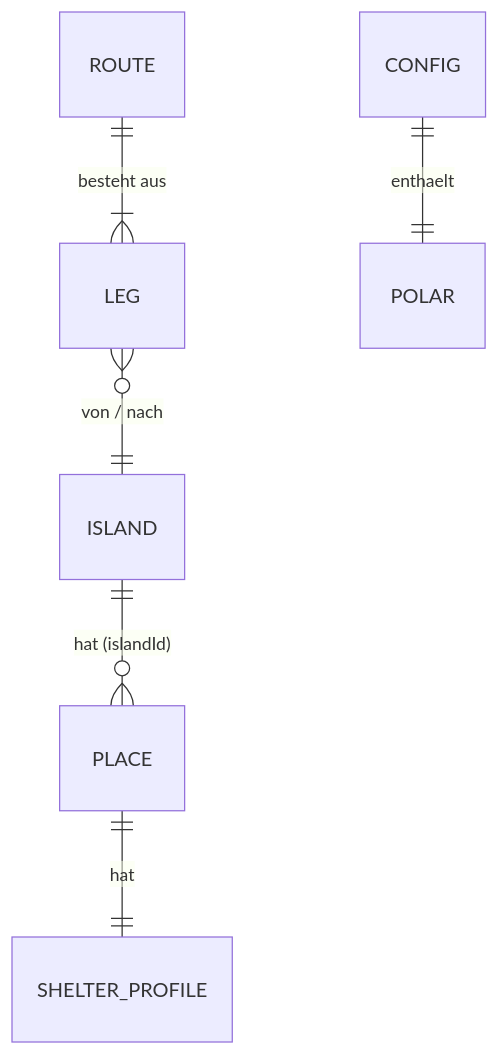
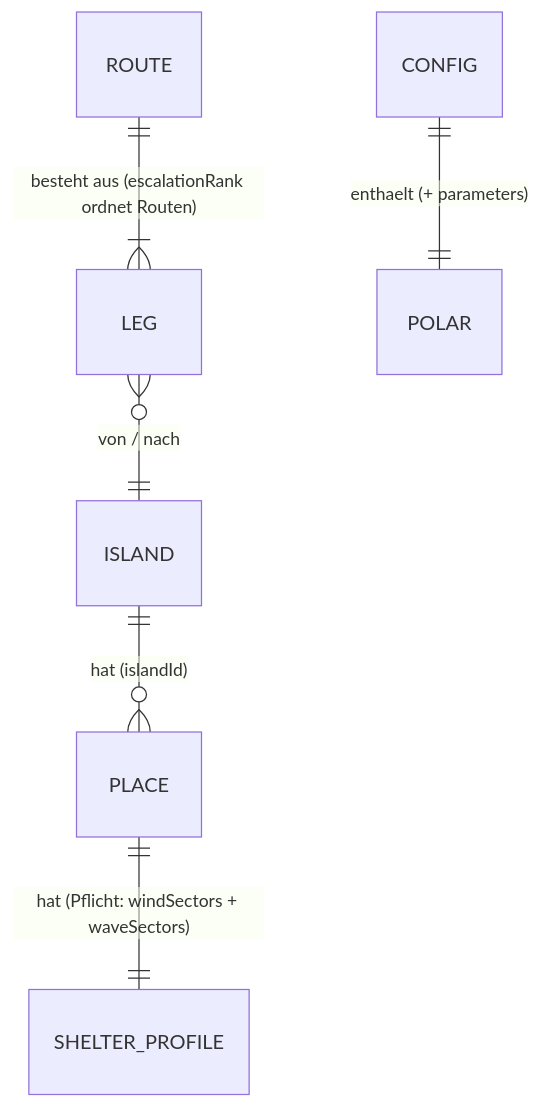
Before and after one commit to mantapanta/sailgreece-router: the second of 3 diagrams in _bmad-output/planning-artifacts/architecture/architecture-sailgreece-router-2026-07-30/ARCHITECTURE-SPINE.md, drawn with Mermaid. The commit also changed other lines of this file and 1 other file, not shown here.

First line of the commit message:
Harden architecture spine per reviewer gate: AD-9/10/11, sharpened AD-2/3/4/5/8

````diff
--- a/_bmad-output/planning-artifacts/architecture/architecture-sailgreece-router-2026-07-30/ARCHITECTURE-SPINE.md
+++ b/_bmad-output/planning-artifacts/architecture/architecture-sailgreece-router-2026-07-30/ARCHITECTURE-SPINE.md
@@ -175,8 +272,8 @@
 ```mermaid
 erDiagram
   ISLAND ||--o{ PLACE : "hat (islandId)"
-  ROUTE ||--|{ LEG : "besteht aus"
+  ROUTE ||--|{ LEG : "besteht aus (escalationRank ordnet Routen)"
   LEG }o--|| ISLAND : "von / nach"
-  PLACE ||--|| SHELTER_PROFILE : "hat"
-  CONFIG ||--|| POLAR : "enthaelt"
+  PLACE ||--|| SHELTER_PROFILE : "hat (Pflicht: windSectors + waveSectors)"
+  CONFIG ||--|| POLAR : "enthaelt (+ parameters)"
 ```
````
